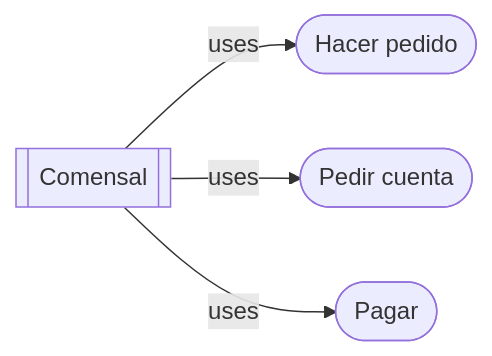
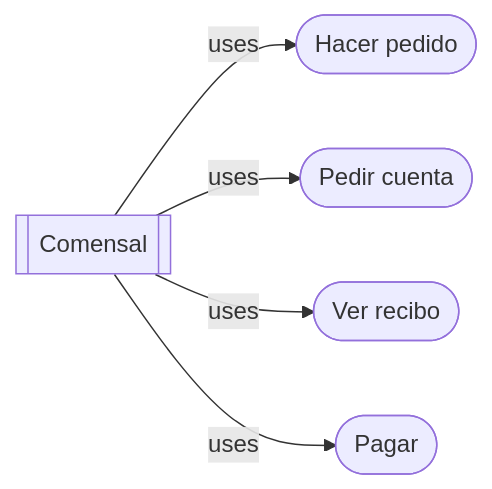
Before and after one commit to pabenito/QRest: the third of 8 diagrams in documentacion/requisitos/casos_de_uso.md, drawn with Mermaid. The commit also changed other lines of this file, not shown here.

````diff
--- a/documentacion/requisitos/casos_de_uso.md
+++ b/documentacion/requisitos/casos_de_uso.md
@@ -134,8 +142,9 @@
 ```mermaid
 flowchart LR
   comensal[[Comensal]]
   hacer_pedido([Hacer pedido])
+  pedir_cuenta([Pedir cuenta])
+  ver_recibo([Ver recibo])
   pagar([Pagar])
-  pedir_cuenta([Pedir cuenta])
-  comensal --uses--> hacer_pedido & pedir_cuenta & pagar
+  comensal --uses--> hacer_pedido & pedir_cuenta & ver_recibo & pagar
 ```
````
